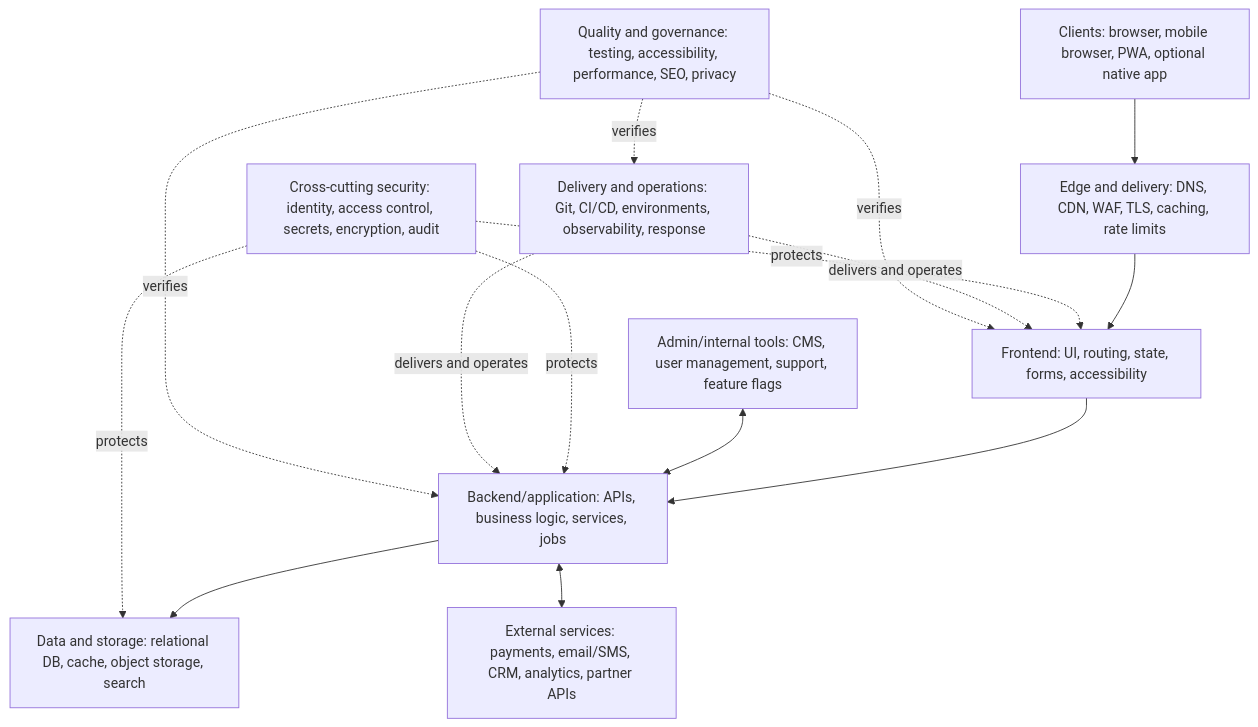
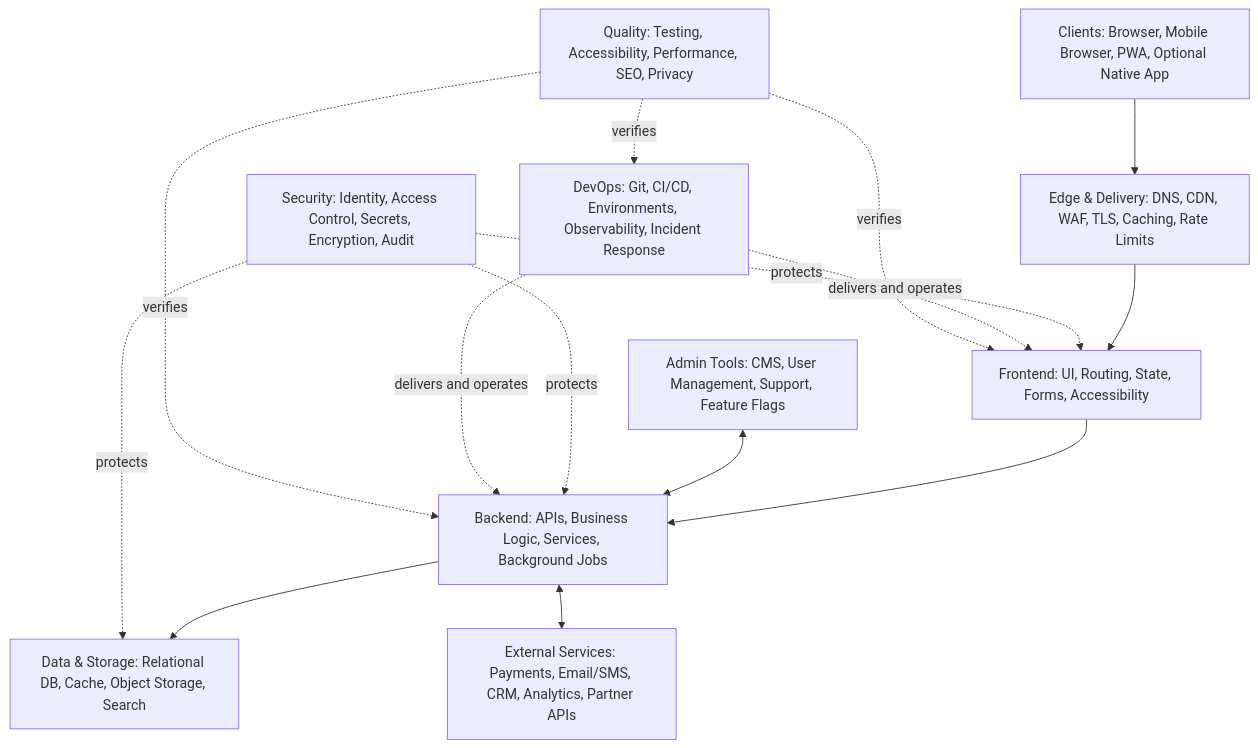
The diagram in README.md (DuskForged-Coder/universal-website-development-blueprint), drawn with Mermaid before and after one commit. The commit also changed other lines of this file, not shown here.

````diff
--- a/README.md
+++ b/README.md
@@ -24,26 +35,29 @@
 ```mermaid
 flowchart TB
-    U[Clients: browser, mobile browser, PWA, optional native app]
-    E[Edge and delivery: DNS, CDN, WAF, TLS, caching, rate limits]
-    F[Frontend: UI, routing, state, forms, accessibility]
-    B[Backend/application: APIs, business logic, services, jobs]
-    D[Data and storage: relational DB, cache, object storage, search]
-    X[External services: payments, email/SMS, CRM, analytics, partner APIs]
-    S[Cross-cutting security: identity, access control, secrets, encryption, audit]
-    O[Delivery and operations: Git, CI/CD, environments, observability, response]
-    Q[Quality and governance: testing, accessibility, performance, SEO, privacy]
-    A[Admin/internal tools: CMS, user management, support, feature flags]
+    U["Clients: Browser, Mobile Browser, PWA, Optional Native App"]
+    E["Edge & Delivery: DNS, CDN, WAF, TLS, Caching, Rate Limits"]
+    F["Frontend: UI, Routing, State, Forms, Accessibility"]
+    B["Backend: APIs, Business Logic, Services, Background Jobs"]
+    D["Data & Storage: Relational DB, Cache, Object Storage, Search"]
+    X["External Services: Payments, Email/SMS, CRM, Analytics, Partner APIs"]
+    S["Security: Identity, Access Control, Secrets, Encryption, Audit"]
+    O["DevOps: Git, CI/CD, Environments, Observability, Incident Response"]
+    Q["Quality: Testing, Accessibility, Performance, SEO, Privacy"]
+    A["Admin Tools: CMS, User Management, Support, Feature Flags"]
 
     U --> E --> F --> B
     B --> D
     B <--> X
     A <--> B
+
     S -. protects .-> F
     S -. protects .-> B
     S -. protects .-> D
+
     O -. delivers and operates .-> F
     O -. delivers and operates .-> B
+
     Q -. verifies .-> F
     Q -. verifies .-> B
     Q -. verifies .-> O
 ```
````
